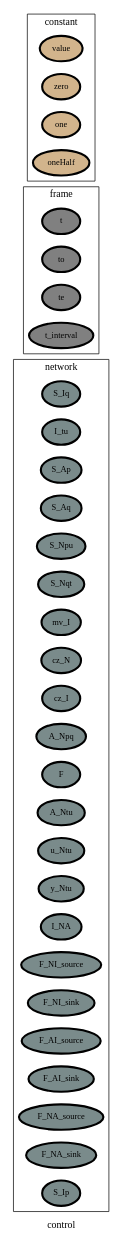
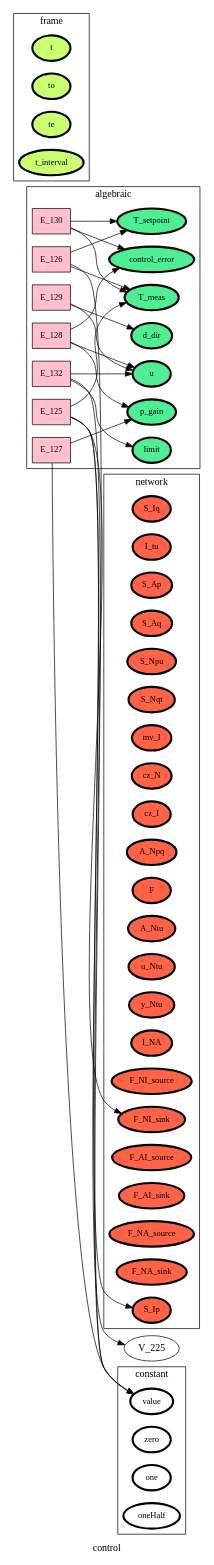
The diagram in ontology_graphs/graph__control.dot (heinz-preisig/processes_000_HAP), drawn with Graphviz before and after one commit. The commit also changed 616 other files, not shown here.

```diff
--- a/ontology_graphs/graph__control.dot
+++ b/ontology_graphs/graph__control.dot
@@ -1,79 +1,113 @@
 digraph control {
 label=control;
 rankdir=LR;
 subgraph cluster_control___dataFlow {
 label=dataFlow;
 rankdir=LR;
 }
 
 subgraph cluster_control___input {
 label=input;
 rankdir=LR;
 }
 
 subgraph cluster_control___output {
 label=output;
 rankdir=LR;
 }
 
 subgraph cluster_control___network {
 label=network;
 rankdir=LR;
-V_10 [fillcolor=lightcyan4, fontsize=12, label=S_Iq, penwidth=3, style=filled];
-V_11 [fillcolor=lightcyan4, fontsize=12, label=I_tu, penwidth=3, style=filled];
-V_12 [fillcolor=lightcyan4, fontsize=12, label=S_Ap, penwidth=3, style=filled];
-V_13 [fillcolor=lightcyan4, fontsize=12, label=S_Aq, penwidth=3, style=filled];
-V_14 [fillcolor=lightcyan4, fontsize=12, label=S_Npu, penwidth=3, style=filled];
-V_15 [fillcolor=lightcyan4, fontsize=12, label=S_Nqt, penwidth=3, style=filled];
-V_16 [fillcolor=lightcyan4, fontsize=12, label=mv_I, penwidth=3, style=filled];
-V_17 [fillcolor=lightcyan4, fontsize=12, label=cz_N, penwidth=3, style=filled];
-V_18 [fillcolor=lightcyan4, fontsize=12, label=cz_I, penwidth=3, style=filled];
-V_19 [fillcolor=lightcyan4, fontsize=12, label=A_Npq, penwidth=3, style=filled];
-V_2 [fillcolor=lightcyan4, fontsize=12, label=F, penwidth=3, style=filled];
-V_20 [fillcolor=lightcyan4, fontsize=12, label=A_Ntu, penwidth=3, style=filled];
-V_21 [fillcolor=lightcyan4, fontsize=12, label=u_Ntu, penwidth=3, style=filled];
-V_22 [fillcolor=lightcyan4, fontsize=12, label=y_Ntu, penwidth=3, style=filled];
-V_27 [fillcolor=lightcyan4, fontsize=12, label=I_NA, penwidth=3, style=filled];
-V_3 [fillcolor=lightcyan4, fontsize=12, label=F_NI_source, penwidth=3, style=filled];
-V_4 [fillcolor=lightcyan4, fontsize=12, label=F_NI_sink, penwidth=3, style=filled];
-V_5 [fillcolor=lightcyan4, fontsize=12, label=F_AI_source, penwidth=3, style=filled];
-V_6 [fillcolor=lightcyan4, fontsize=12, label=F_AI_sink, penwidth=3, style=filled];
-V_7 [fillcolor=lightcyan4, fontsize=12, label=F_NA_source, penwidth=3, style=filled];
-V_8 [fillcolor=lightcyan4, fontsize=12, label=F_NA_sink, penwidth=3, style=filled];
-V_9 [fillcolor=lightcyan4, fontsize=12, label=S_Ip, penwidth=3, style=filled];
+V_10 [fillcolor=tomato, fontsize=12, label=S_Iq, penwidth=3, style=filled];
+V_11 [fillcolor=tomato, fontsize=12, label=I_tu, penwidth=3, style=filled];
+V_12 [fillcolor=tomato, fontsize=12, label=S_Ap, penwidth=3, style=filled];
+V_13 [fillcolor=tomato, fontsize=12, label=S_Aq, penwidth=3, style=filled];
+V_14 [fillcolor=tomato, fontsize=12, label=S_Npu, penwidth=3, style=filled];
+V_15 [fillcolor=tomato, fontsize=12, label=S_Nqt, penwidth=3, style=filled];
+V_16 [fillcolor=tomato, fontsize=12, label=mv_I, penwidth=3, style=filled];
+V_17 [fillcolor=tomato, fontsize=12, label=cz_N, penwidth=3, style=filled];
+V_18 [fillcolor=tomato, fontsize=12, label=cz_I, penwidth=3, style=filled];
+V_19 [fillcolor=tomato, fontsize=12, label=A_Npq, penwidth=3, style=filled];
+V_2 [fillcolor=tomato, fontsize=12, label=F, penwidth=3, style=filled];
+V_20 [fillcolor=tomato, fontsize=12, label=A_Ntu, penwidth=3, style=filled];
+V_21 [fillcolor=tomato, fontsize=12, label=u_Ntu, penwidth=3, style=filled];
+V_22 [fillcolor=tomato, fontsize=12, label=y_Ntu, penwidth=3, style=filled];
+V_27 [fillcolor=tomato, fontsize=12, label=I_NA, penwidth=3, style=filled];
+V_3 [fillcolor=tomato, fontsize=12, label=F_NI_source, penwidth=3, style=filled];
+V_4 [fillcolor=tomato, fontsize=12, label=F_NI_sink, penwidth=3, style=filled];
+V_5 [fillcolor=tomato, fontsize=12, label=F_AI_source, penwidth=3, style=filled];
+V_6 [fillcolor=tomato, fontsize=12, label=F_AI_sink, penwidth=3, style=filled];
+V_7 [fillcolor=tomato, fontsize=12, label=F_NA_source, penwidth=3, style=filled];
+V_8 [fillcolor=tomato, fontsize=12, label=F_NA_sink, penwidth=3, style=filled];
+V_9 [fillcolor=tomato, fontsize=12, label=S_Ip, penwidth=3, style=filled];
 }
 
 subgraph cluster_control___frame {
 label=frame;
 rankdir=LR;
-V_1 [fillcolor=grey, fontsize=12, label=t, penwidth=3, style=filled];
-V_105 [fillcolor=grey, fontsize=12, label=to, penwidth=3, style=filled];
-V_106 [fillcolor=grey, fontsize=12, label=te, penwidth=3, style=filled];
-V_107 [fillcolor=grey, fontsize=12, label=t_interval, penwidth=3, style=filled];
+V_1 [fillcolor=darkolivegreen1, fontsize=12, label=t, penwidth=3, style=filled];
+V_105 [fillcolor=darkolivegreen1, fontsize=12, label=to, penwidth=3, style=filled];
+V_106 [fillcolor=darkolivegreen1, fontsize=12, label=te, penwidth=3, style=filled];
+V_107 [fillcolor=darkolivegreen1, fontsize=12, label=t_interval, penwidth=3, style=filled];
 }
 
 subgraph cluster_control___state {
 label=state;
 rankdir=LR;
 }
 
 subgraph cluster_control___constant {
 label=constant;
 rankdir=LR;
-V_101 [fillcolor=tan, fontsize=12, label=value, penwidth=3, style=filled];
-V_102 [fillcolor=tan, fontsize=12, label=zero, penwidth=3, style=filled];
-V_103 [fillcolor=tan, fontsize=12, label=one, penwidth=3, style=filled];
-V_104 [fillcolor=tan, fontsize=12, label=oneHalf, penwidth=3, style=filled];
+V_101 [fillcolor=white, fontsize=12, label=value, penwidth=3, style=filled];
+V_102 [fillcolor=white, fontsize=12, label=zero, penwidth=3, style=filled];
+V_103 [fillcolor=white, fontsize=12, label=one, penwidth=3, style=filled];
+V_104 [fillcolor=white, fontsize=12, label=oneHalf, penwidth=3, style=filled];
 }
 
 subgraph cluster_control___diffState {
 label=diffState;
 rankdir=LR;
 }
 
+E_125 -> V_225  [splines=ortho];
+E_125 -> V_4  [splines=ortho];
+E_125 -> V_9  [splines=ortho];
+E_126 -> V_101  [splines=ortho];
+E_126 -> V_226  [splines=ortho];
+E_127 -> V_101  [splines=ortho];
+E_128 -> V_228  [splines=ortho];
+E_128 -> V_231  [splines=ortho];
+E_129 -> V_229  [splines=ortho];
+E_130 -> V_226  [splines=ortho];
+E_130 -> V_227  [splines=ortho];
+E_132 -> V_101  [splines=ortho];
+E_132 -> V_229  [splines=ortho];
 subgraph cluster_control___algebraic {
 label=algebraic;
 rankdir=LR;
+V_226 [fillcolor=seagreen2, fontsize=12, label=T_meas, penwidth=3, style=filled];
+V_227 [fillcolor=seagreen2, fontsize=12, label=T_setpoint, penwidth=3, style=filled];
+V_228 [fillcolor=seagreen2, fontsize=12, label=p_gain, penwidth=3, style=filled];
+V_229 [fillcolor=seagreen2, fontsize=12, label=u, penwidth=3, style=filled];
+V_230 [fillcolor=seagreen2, fontsize=12, label=d_dir, penwidth=3, style=filled];
+V_231 [fillcolor=seagreen2, fontsize=12, label=control_error, penwidth=3, style=filled];
+V_233 [fillcolor=seagreen2, fontsize=12, label=limit, penwidth=3, style=filled];
+E_125 [fillcolor=pink, fontsize=12, shape=box, style=filled];
+E_125 -> V_226  [splines=ortho];
+E_126 [fillcolor=pink, fontsize=12, shape=box, style=filled];
+E_126 -> V_227  [splines=ortho];
+E_127 [fillcolor=pink, fontsize=12, shape=box, style=filled];
+E_127 -> V_228  [splines=ortho];
+E_128 [fillcolor=pink, fontsize=12, shape=box, style=filled];
+E_128 -> V_229  [splines=ortho];
+E_129 [fillcolor=pink, fontsize=12, shape=box, style=filled];
+E_129 -> V_230  [splines=ortho];
+E_130 [fillcolor=pink, fontsize=12, shape=box, style=filled];
+E_130 -> V_231  [splines=ortho];
+E_132 [fillcolor=pink, fontsize=12, shape=box, style=filled];
+E_132 -> V_233  [splines=ortho];
 }
 
 }
```
